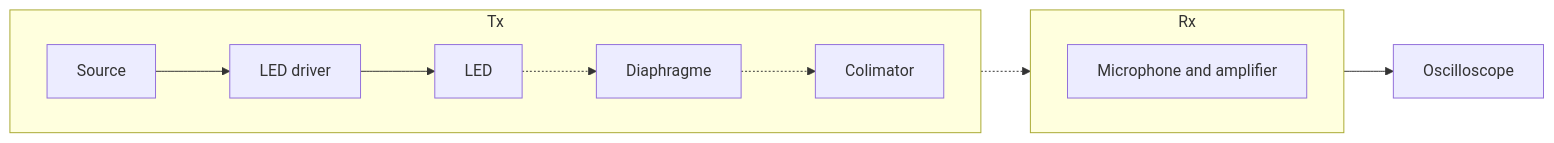
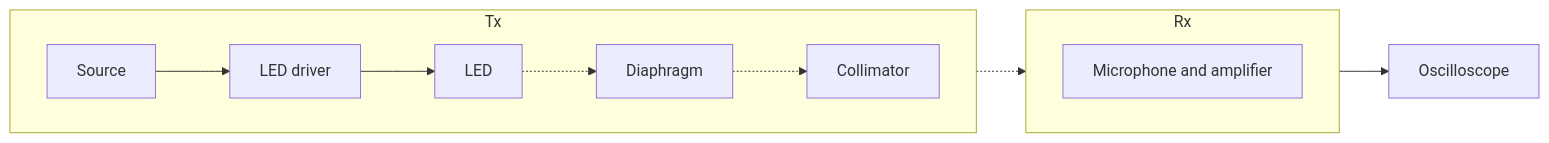
One commit to UCL-Photonics-Society/UCLightcommands changed the first of 2 diagrams in docs/phase1/final-report.md. Above: the diagram before and after it, drawn with Mermaid. The commit also changed other lines of this file, not shown here.

````diff
--- a/docs/phase1/final-report.md
+++ b/docs/phase1/final-report.md
@@ -62,16 +62,16 @@
 ```mermaid
 flowchart LR
     subgraph Tx
         direction LR
         Source --> LDR[LED driver]
         LDR --> LED
-        LED[LED] -.-> DPG[Diaphragme]
-        DPG -.-> COL[Colimator]
+        LED[LED] -.-> DPG[Diaphragm]
+        DPG -.-> COL[Collimator]
     end
     subgraph Rx
         direction LR
         MIC[Microphone and amplifier]
     end
     COL -.-> MIC
     MIC--> Oscilloscope
 ```
````
